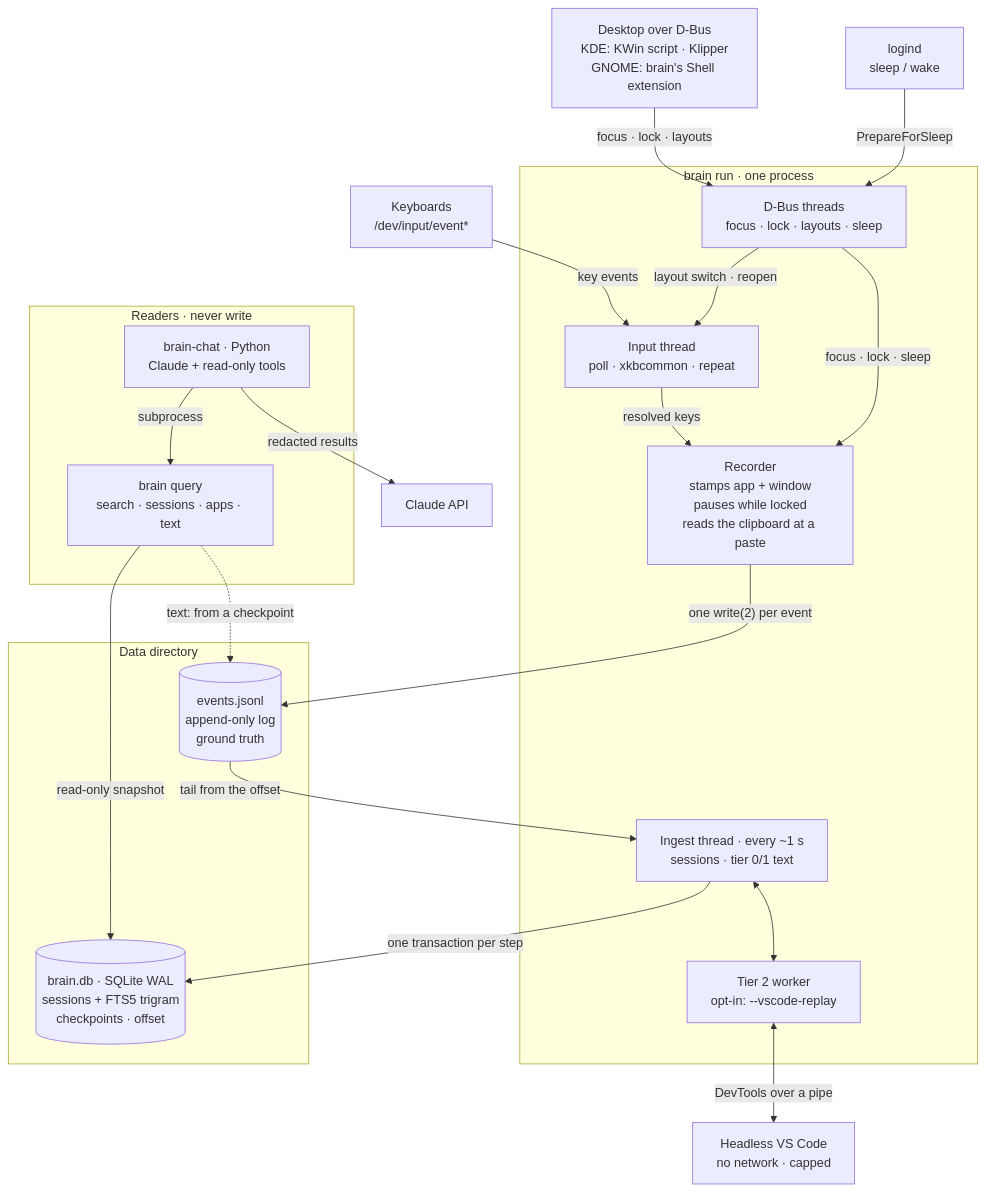
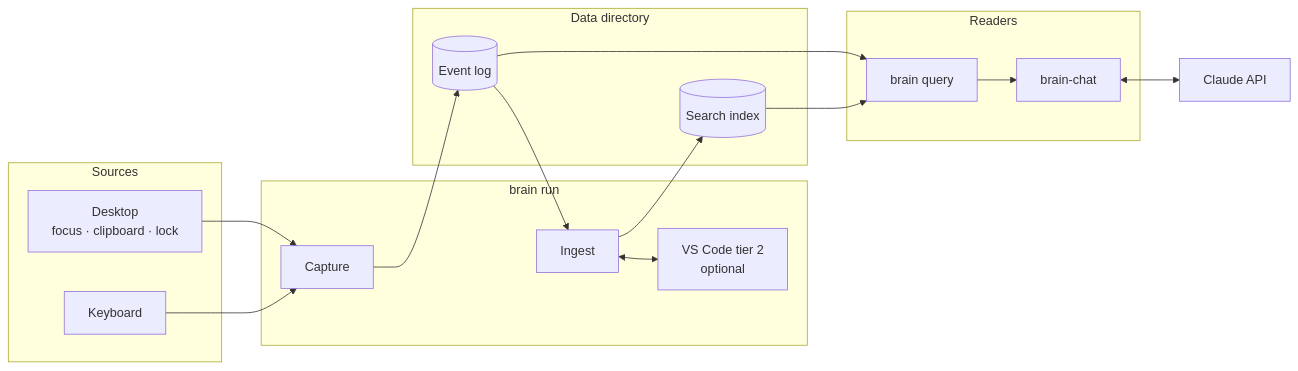
One commit to ChenOhana/shadow-assistant changed the first of 2 diagrams in DIAGRAMS.md. Above: the diagram before and after it, drawn with Mermaid. The commit also changed other lines of this file, not shown here.

First line of the commit message:
Simplify the diagrams to components and stages

````diff
--- a/DIAGRAMS.md
+++ b/DIAGRAMS.md
@@ -27,44 +8,36 @@
 ```mermaid
-flowchart TB
-    KBD["Keyboards<br/>/dev/input/event*"]
-    DESK["Desktop over D-Bus<br/>KDE: KWin script · Klipper<br/>GNOME: brain's Shell extension"]
-    LOGIND["logind<br/>sleep / wake"]
+flowchart LR
+    subgraph SRC["Sources"]
+        KB["Keyboard"]
+        DE["Desktop<br/>focus · clipboard · lock"]
+    end
 
-    subgraph RUN["brain run · one process"]
-        INPUT["Input thread<br/>poll · xkbcommon · repeat"]
-        DBUS["D-Bus threads<br/>focus · lock · layouts · sleep"]
-        REC["Recorder<br/>stamps app + window<br/>pauses while locked<br/>reads the clipboard at a paste"]
-        INGEST["Ingest thread · every ~1 s<br/>sessions · tier 0/1 text"]
-        T2["Tier 2 worker<br/>opt-in: --vscode-replay"]
+    subgraph RUN["brain run"]
+        CAP["Capture"]
+        ING["Ingest"]
+        T2["VS Code tier 2<br/>optional"]
     end
 
     subgraph DATA["Data directory"]
-        LOG[("events.jsonl<br/>append-only log<br/>ground truth")]
-        DB[("brain.db · SQLite WAL<br/>sessions + FTS5 trigram<br/>checkpoints · offset")]
+        LOG[("Event log")]
+        DB[("Search index")]
     end
 
-    VSC["Headless VS Code<br/>no network · capped"]
-
-    subgraph READ["Readers · never write"]
-        Q["brain query<br/>search · sessions · apps · text"]
-        CHAT["brain-chat · Python<br/>Claude + read-only tools"]
+    subgraph USE["Readers"]
+        Q["brain query"]
+        CHAT["brain-chat"]
     end
 
     API["Claude API"]
 
-    KBD -- "key events" --> INPUT
-    DESK -- "focus · lock · layouts" --> DBUS
-    LOGIND -- "PrepareForSleep" --> DBUS
-    DBUS -- "layout switch · reopen" --> INPUT
-    INPUT -- "resolved keys" --> REC
-    DBUS -- "focus · lock · sleep" --> REC
-    REC -- "one write(2) per event" --> LOG
-    LOG -- "tail from the offset" --> INGEST
-    INGEST -- "one transaction per step" --> DB
-    INGEST <--> T2
-    T2 <-- "DevTools over a pipe" --> VSC
-    CHAT -- "subprocess" --> Q
-    Q -- "read-only snapshot" --> DB
-    Q -. "text: from a checkpoint" .-> LOG
-    CHAT -- "redacted results" --> API
+    KB --> CAP
+    DE --> CAP
+    CAP --> LOG
+    LOG --> ING
+    ING --> DB
+    ING <--> T2
+    DB --> Q
+    LOG --> Q
+    Q --> CHAT
+    CHAT <--> API
 ```
````
